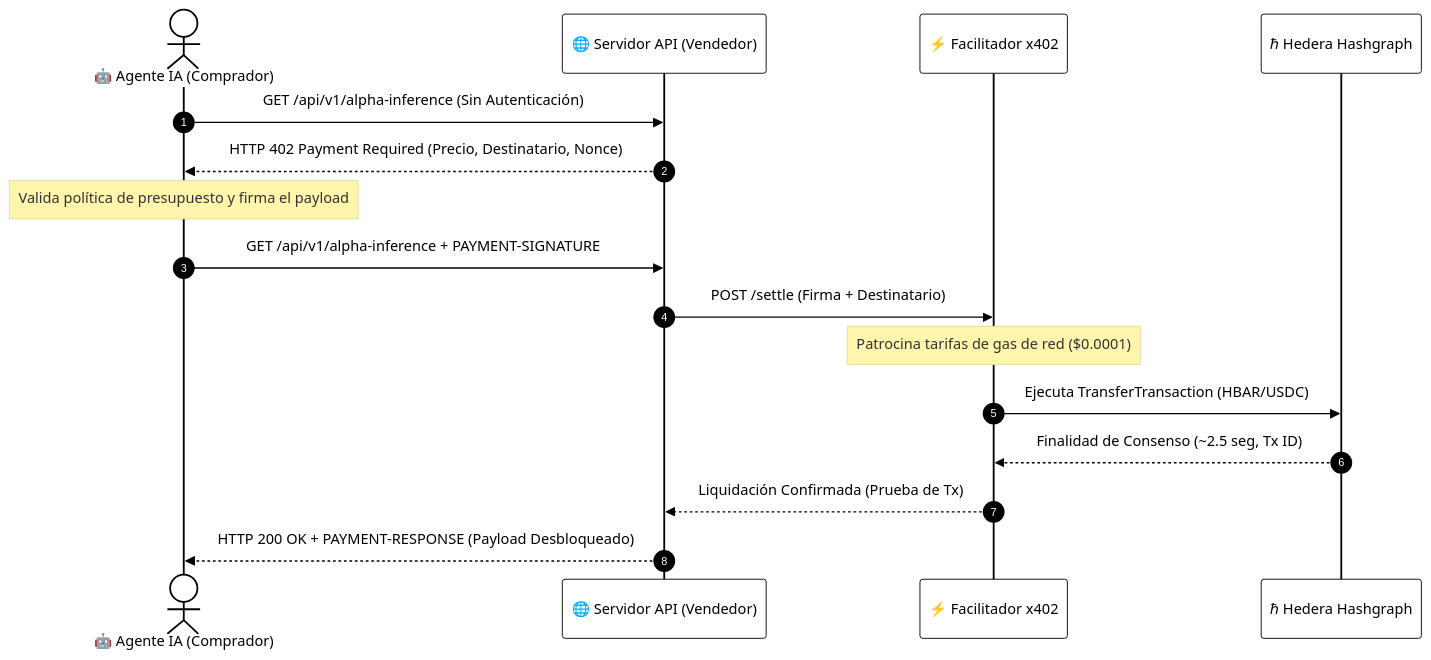
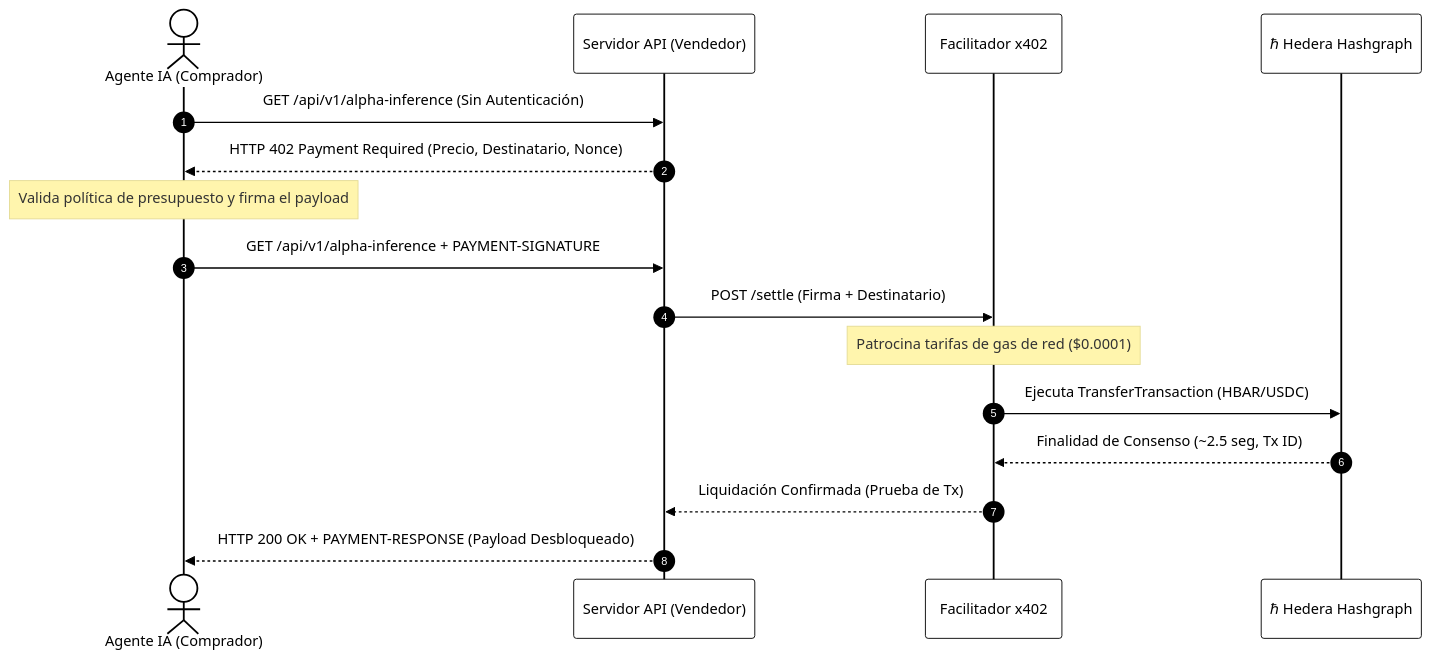
The first of 2 diagrams in course/Spanish/M10_Agentic_Micropayments_x402/README.md (altaga/Hedera-By-Example), drawn with Mermaid before and after one commit. The commit also changed other lines of this file and 590 other files, not shown here.

````diff
--- a/course/Spanish/M10_Agentic_Micropayments_x402/README.md
+++ b/course/Spanish/M10_Agentic_Micropayments_x402/README.md
@@ -34,37 +34,37 @@
 ```mermaid
 %%{init: {
   'theme': 'base',
   'themeVariables': {
     'primaryColor': '#ffffff',
     'primaryTextColor': '#000000',
     'primaryBorderColor': '#000000',
     'lineColor': '#000000',
     'secondaryColor': '#FF4500',
     'tertiaryColor': '#ffffff',
     'mainBkg': '#ffffff',
     'nodeBorder': '#000000',
     'clusterBkg': '#F9F9F6',
     'clusterBorder': '#000000',
     'fontSize': '14px',
     'fontFamily': 'Inter, system-ui, -apple-system, sans-serif',
     'nodeRadius': '0px'
   }
 }}%%
 sequenceDiagram
     autonumber
-    actor Agent as 🤖 Agente IA (Comprador)
-    participant Server as 🌐 Servidor API (Vendedor)
-    participant Facilitator as ⚡ Facilitador x402
+    actor Agent as  Agente IA (Comprador)
+    participant Server as  Servidor API (Vendedor)
+    participant Facilitator as  Facilitador x402
     participant Hedera as ℏ Hedera Hashgraph
 
     Agent->>Server: GET /api/v1/alpha-inference (Sin Autenticación)
     Server-->>Agent: HTTP 402 Payment Required (Precio, Destinatario, Nonce)
     Note over Agent: Valida política de presupuesto y firma el payload
     Agent->>Server: GET /api/v1/alpha-inference + PAYMENT-SIGNATURE
     Server->>Facilitator: POST /settle (Firma + Destinatario)
     Note over Facilitator: Patrocina tarifas de gas de red ($0.0001)
     Facilitator->>Hedera: Ejecuta TransferTransaction (HBAR/USDC)
     Hedera-->>Facilitator: Finalidad de Consenso (~2.5 seg, Tx ID)
     Facilitator-->>Server: Liquidación Confirmada (Prueba de Tx)
     Server-->>Agent: HTTP 200 OK + PAYMENT-RESPONSE (Payload Desbloqueado)
 ```
````
